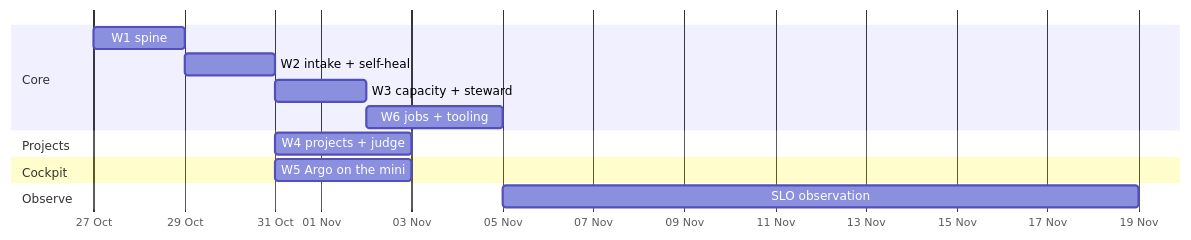
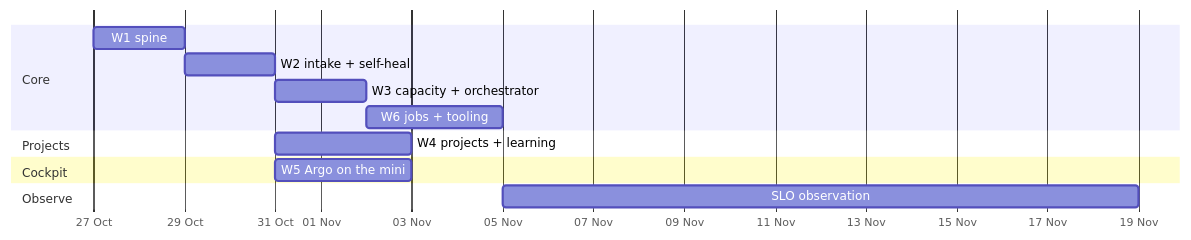
One commit to jkrumm/dotfiles changed the diagram in docs/factory/tdd/12-plan.md. Above: the diagram before and after it, drawn with Mermaid. The commit also changed other lines of this file and 26 other files, not shown here.

````diff
--- a/docs/factory/tdd/12-plan.md
+++ b/docs/factory/tdd/12-plan.md
@@ -35,16 +35,16 @@
 ```mermaid
 gantt
   dateFormat YYYY-MM-DD
   axisFormat %d %b
   section Core
   W1 spine                    :w1, 2026-10-27, 2d
   W2 intake + self-heal       :w2, after w1, 2d
-  W3 capacity + steward       :w3, after w2, 2d
+  W3 capacity + orchestrator       :w3, after w2, 2d
   W6 jobs + tooling           :w6, after w3, 3d
   section Projects
-  W4 projects + judge         :w4, after w2, 3d
+  W4 projects + learning         :w4, after w2, 3d
   section Cockpit
   W5 Argo on the mini         :w5, after w2, 3d
   section Observe
   SLO observation             :obs, after w6, 14d
 ```
````
